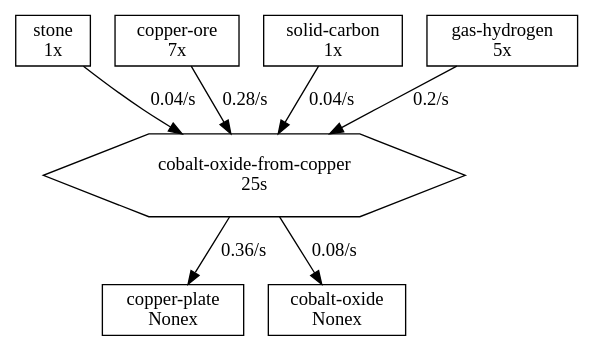
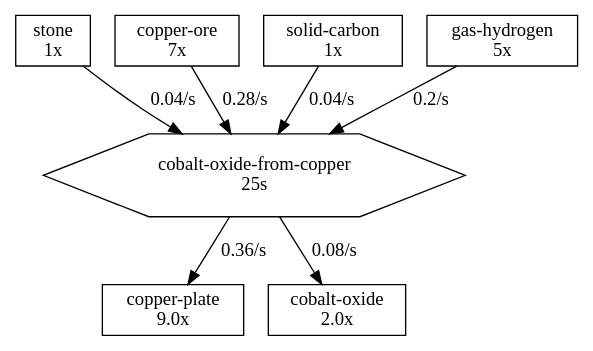
Before and after one commit to FlorianPix/FactorioRatioTreeLua: the diagram in PythonRecipeReader/test-output/rec2.gv, drawn with Graphviz. The commit also changed 3 other files, not shown here.

```diff
--- a/PythonRecipeReader/test-output/rec2.gv
+++ b/PythonRecipeReader/test-output/rec2.gv
@@ -1,41 +1,41 @@
 // cobalt-oxide-from-copper
 digraph {
 	"cobalt-oxide-from-copper" [label="cobalt-oxide-from-copper
 25s" shape=hexagon]
 	// stone
 	{
 		stone [label="stone
 1x" shape=box]
 	}
 	stone -> "cobalt-oxide-from-copper" [label="0.04/s"]
 	// copper-ore
 	{
 		"copper-ore" [label="copper-ore
 7x" shape=box]
 	}
 	"copper-ore" -> "cobalt-oxide-from-copper" [label="0.28/s"]
 	// solid-carbon
 	{
 		"solid-carbon" [label="solid-carbon
 1x" shape=box]
 	}
 	"solid-carbon" -> "cobalt-oxide-from-copper" [label="0.04/s"]
 	// gas-hydrogen
 	{
 		"gas-hydrogen" [label="gas-hydrogen
 5x" shape=box]
 	}
 	"gas-hydrogen" -> "cobalt-oxide-from-copper" [label="0.2/s"]
 	// copper-plate
 	{
 		"copper-plate" [label="copper-plate
-Nonex" shape=box]
+9.0x" shape=box]
 	}
 	"cobalt-oxide-from-copper" -> "copper-plate" [label="0.36/s"]
 	// cobalt-oxide
 	{
 		"cobalt-oxide" [label="cobalt-oxide
-Nonex" shape=box]
+2.0x" shape=box]
 	}
 	"cobalt-oxide-from-copper" -> "cobalt-oxide" [label="0.08/s"]
 }
```
